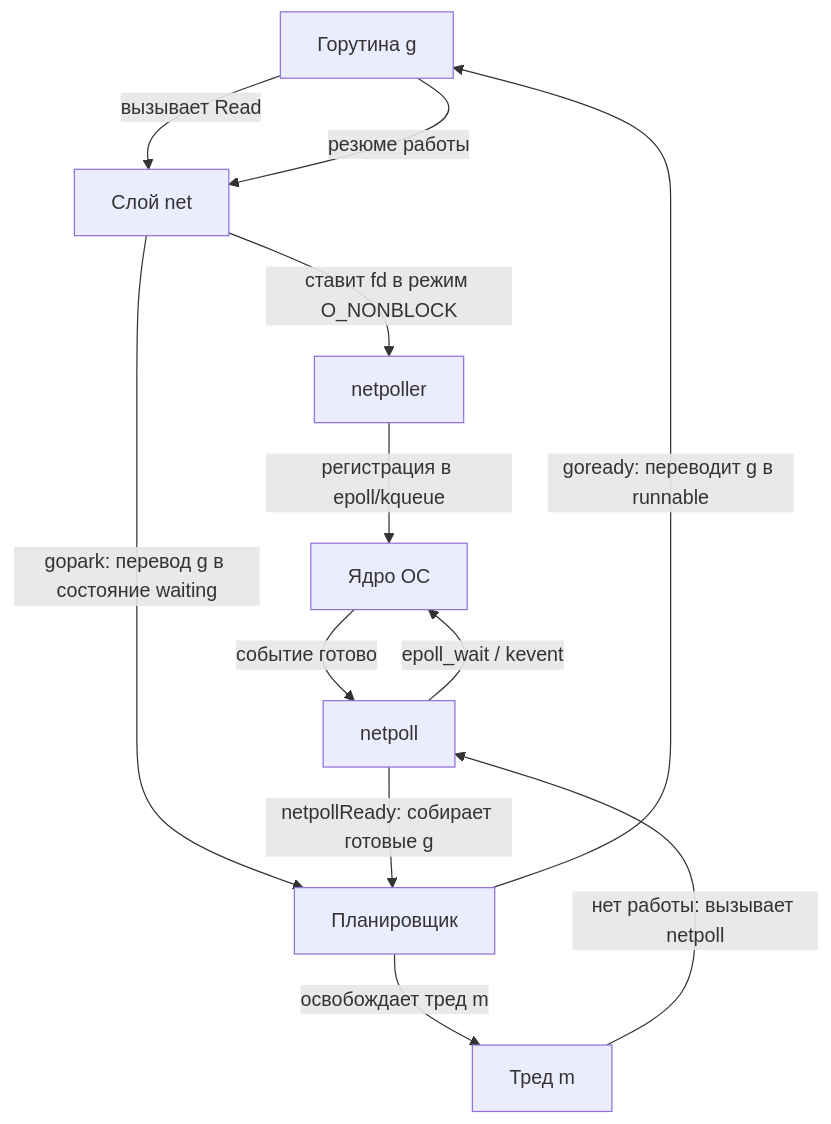
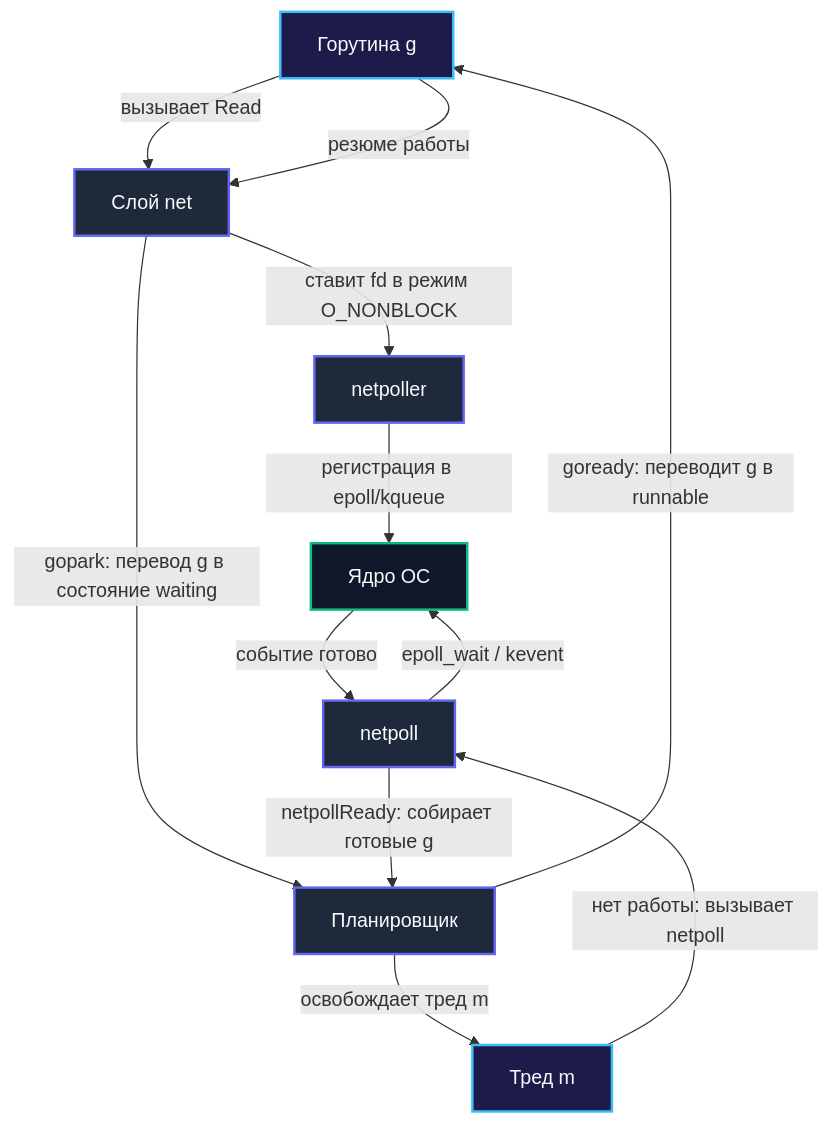
Before and after one commit to UnrealTemplier/go-textbook: the second of 3 diagrams in sources/2. Устройство и работа ОС/38. Как netpoller Go использует epoll и kqueue.md, drawn with Mermaid. The commit also changed other lines of this file, not shown here.

````diff
--- a/sources/2. Устройство и работа ОС/38. Как netpoller Go использует epoll и kqueue.md
+++ b/sources/2. Устройство и работа ОС/38. Как netpoller Go использует epoll и kqueue.md
@@ -45,14 +91,22 @@
 ```mermaid
 flowchart TD
     G["Горутина g"] -->|вызывает Read| S["Слой net"]
     S -->|ставит fd в режим O_NONBLOCK| N["netpoller"]
     N -->|регистрация в epoll/kqueue| K["Ядро ОС"]
     S -->|gopark: перевод g в состояние waiting| P["Планировщик"]
     P -->|освобождает тред m| M["Тред m"]
     M -->|нет работы: вызывает netpoll| NP["netpoll"]
     NP -->|epoll_wait / kevent| K
     K -->|событие готово| NP
     NP -->|netpollReady: собирает готовые g| P
     P -->|goready: переводит g в runnable| G
     G -->|резюме работы| S
+
+    classDef g_cls fill:#1e1b4b,stroke:#38bdf8,stroke-width:2px,color:#f8fafc;
+    classDef sched fill:#1e293b,stroke:#6366f1,stroke-width:2px,color:#f8fafc;
+    classDef kern fill:#0f172a,stroke:#10b981,stroke-width:2px,color:#f8fafc;
+
+    class G,M g_cls;
+    class S,N,P,NP sched;
+    class K kern;
 ```
````
